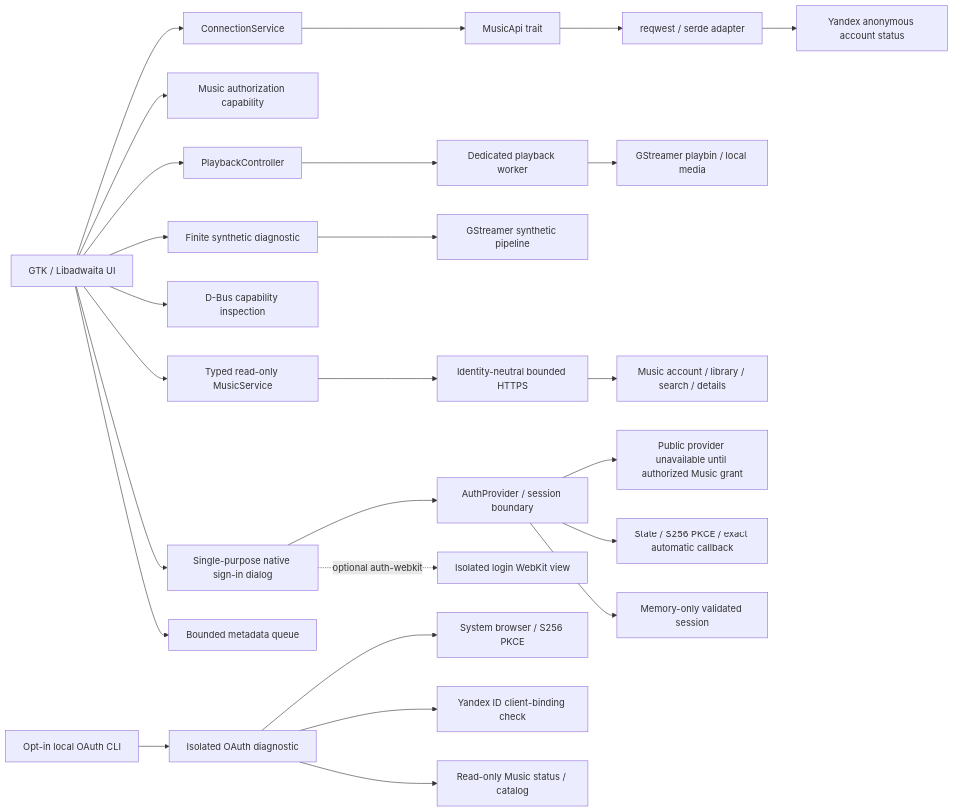
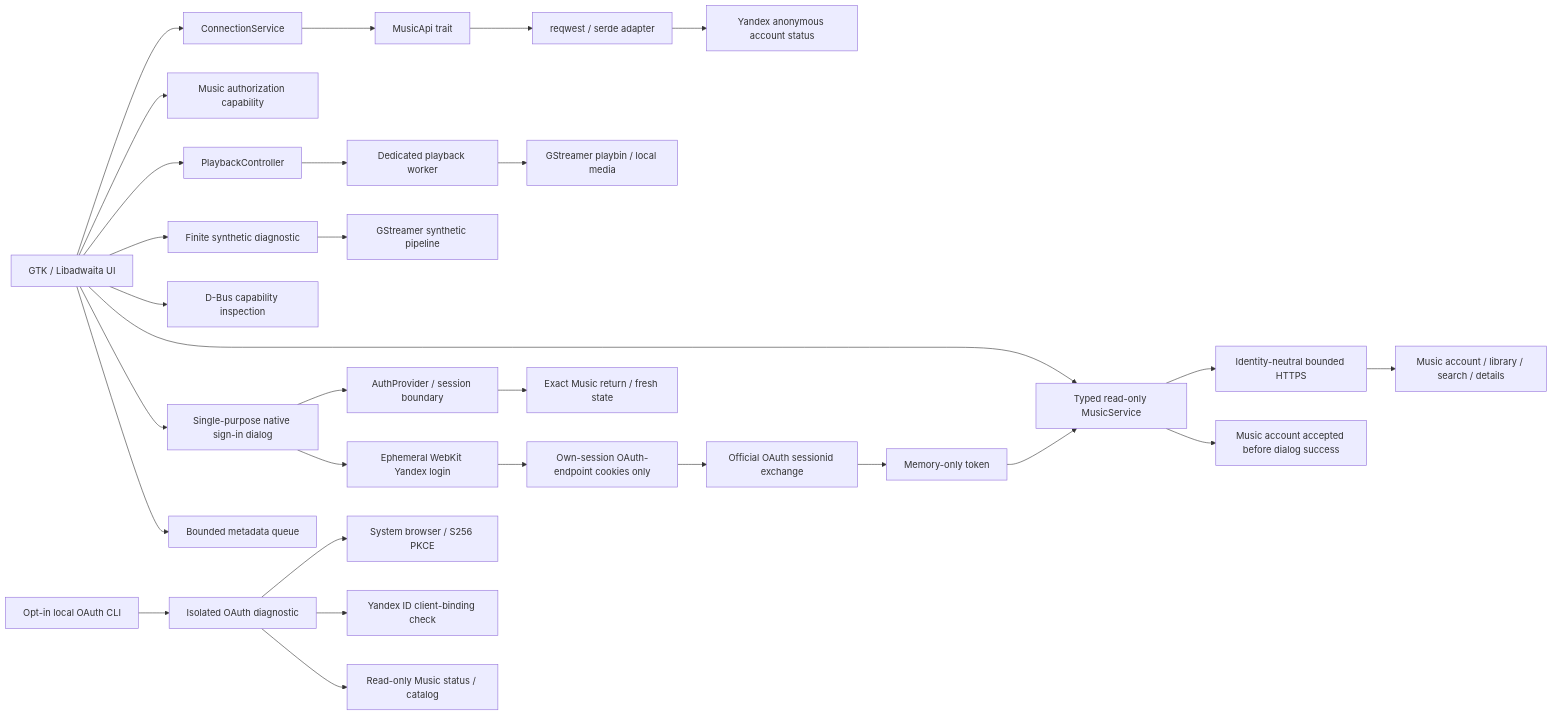
One commit to tracerxbrhd/karin changed the diagram in docs/ARCHITECTURE.md. Above: the diagram before and after it, drawn with Mermaid. The commit also changed other lines of this file and 32 other files, not shown here.

````diff
--- a/docs/ARCHITECTURE.md
+++ b/docs/ARCHITECTURE.md
@@ -8,28 +8,31 @@
 ```mermaid
 flowchart LR
   UI[GTK / Libadwaita UI] --> Service[ConnectionService]
   Service --> Boundary[MusicApi trait]
   Boundary --> API[reqwest / serde adapter]
   API --> Remote[Yandex anonymous account status]
   UI --> Capability[Music authorization capability]
   UI --> Player[PlaybackController]
   Player --> Worker[Dedicated playback worker]
   Worker --> Playbin[GStreamer playbin / local media]
   UI --> Audio[Finite synthetic diagnostic]
   Audio --> GST[GStreamer synthetic pipeline]
   UI --> Platform[D-Bus capability inspection]
   UI --> MusicService[Typed read-only MusicService]
   MusicService --> MusicHTTP[Identity-neutral bounded HTTPS]
   MusicHTTP --> MusicREST[Music account / library / search / details]
   UI --> Login[Single-purpose native sign-in dialog]
   Login --> Auth[AuthProvider / session boundary]
-  Auth --> Gate[Public provider unavailable until authorized Music grant]
-  Auth --> Callback[State / S256 PKCE / exact automatic callback]
-  Login -. optional auth-webkit .-> WebKit[Isolated login WebKit view]
-  Auth --> Session[Memory-only validated session]
+  Login --> WebKit[Ephemeral WebKit Yandex login]
+  Auth --> Return[Exact Music return / fresh state]
+  WebKit --> Cookies[Own-session OAuth-endpoint cookies only]
+  Cookies --> Grant[Official OAuth sessionid exchange]
+  Grant --> Session[Memory-only token]
+  Session --> MusicService
+  MusicService --> Validation[Music account accepted before dialog success]
   UI --> Queue[Bounded metadata queue]
   CLI[Opt-in local OAuth CLI] --> OAuth[Isolated OAuth diagnostic]
   OAuth --> Browser[System browser / S256 PKCE]
   OAuth --> ID[Yandex ID client-binding check]
   OAuth --> Music[Read-only Music status / catalog]
 ```
````
